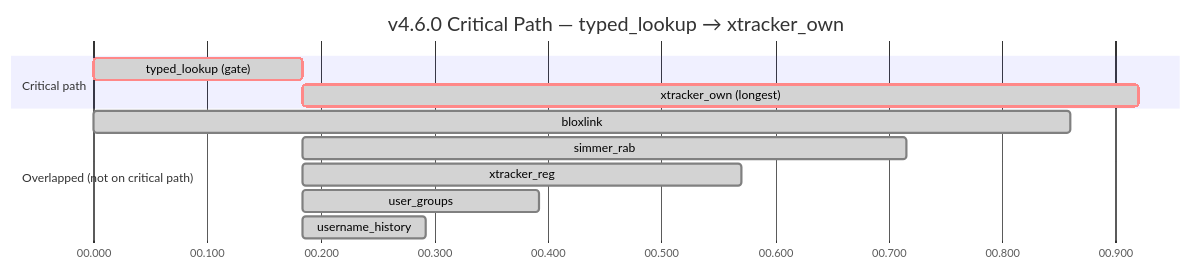
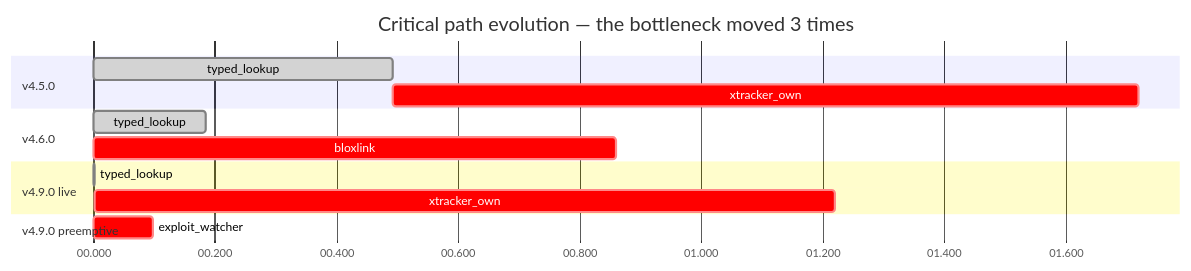
Before and after one commit to pizzarobloxh/bgc-bot: the tenth of 16 diagrams in README.md, drawn with Mermaid. The commit also changed other lines of this file, not shown here.

````diff
--- a/README.md
+++ b/README.md
@@ -457,18 +562,22 @@
 ```mermaid
 gantt
-    title v4.6.0 Critical Path — typed_lookup → xtracker_own
+    title Critical path evolution — the bottleneck moved 3 times
     dateFormat x
     axisFormat %S.%L
     todayMarker off
 
-    section Critical path
-    typed_lookup (gate)     :crit, done, c1, 0,    184ms
-    xtracker_own (longest)  :crit, done, c2, 184,  736ms
+    section v4.5.0
+    typed_lookup       :done,  a1, 0,   492ms
+    xtracker_own       :crit,  a2, 492, 1228ms
 
-    section Overlapped (not on critical path)
-    bloxlink                :done, n1, 0,   860ms
-    simmer_rab              :done, n2, 184, 532ms
-    xtracker_reg            :done, n3, 184, 386ms
-    user_groups             :done, n4, 184, 208ms
-    username_history        :done, n5, 184, 108ms
+    section v4.6.0
+    typed_lookup       :done,  b1, 0,   184ms
+    bloxlink           :crit,  b2, 0,   860ms
+
+    section v4.9.0 live
+    typed_lookup       :done,  c1, 0,   1ms
+    xtracker_own       :crit,  c2, 1,   1220ms
+
+    section v4.9.0 preemptive
+    exploit_watcher    :crit,  d1, 0,   97ms
 ```
````
